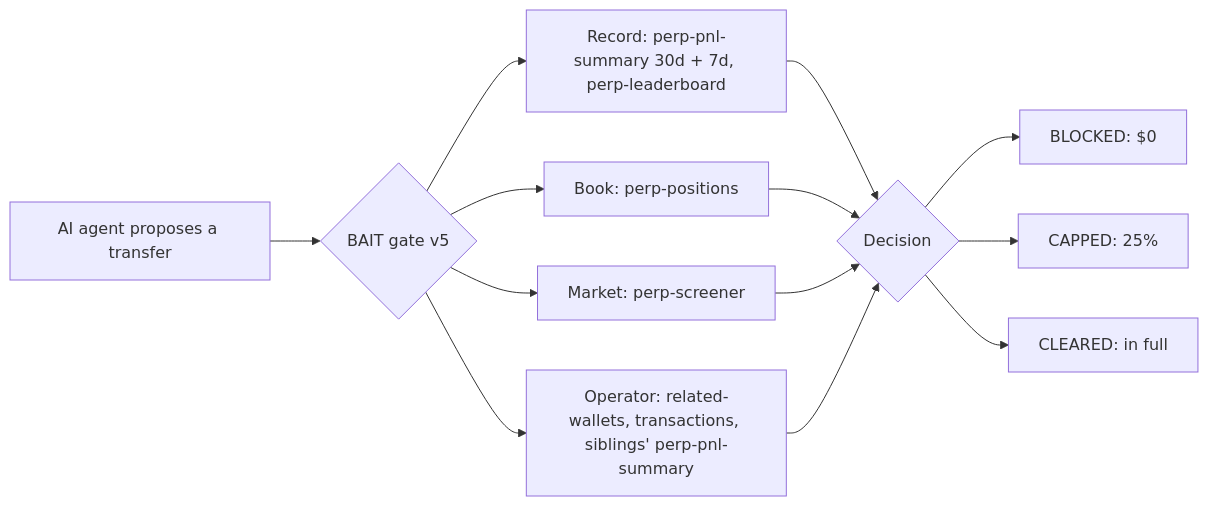
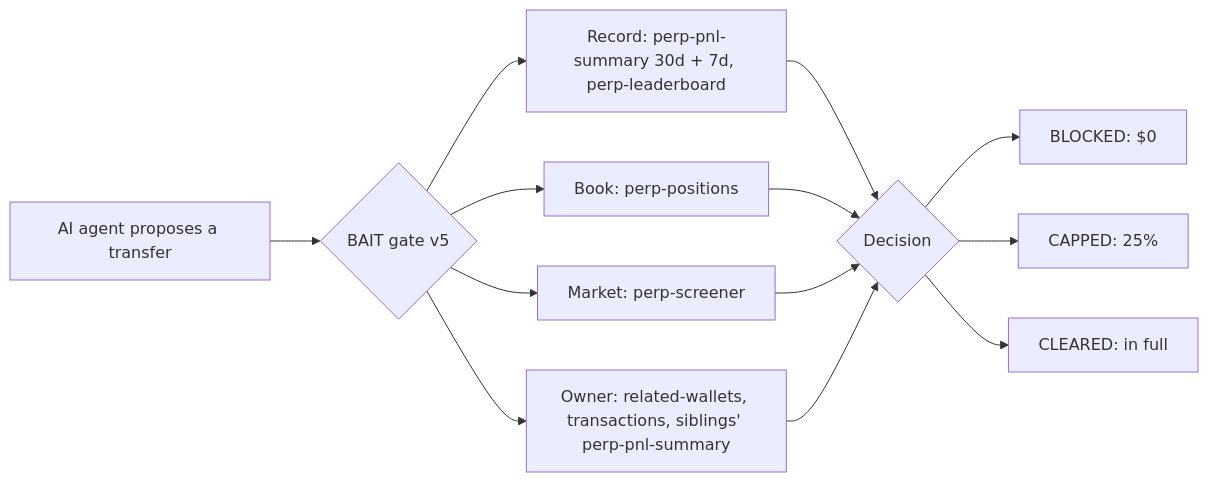
One commit to wolfgang-aura/bait changed the diagram in docs/EVIDENCE.md. Above: the diagram before and after it, drawn with Mermaid. The commit also changed other lines of this file and 30 other files, not shown here.

````diff
--- a/docs/EVIDENCE.md
+++ b/docs/EVIDENCE.md
@@ -36,15 +37,15 @@
 ```mermaid
 flowchart LR
   A["AI agent proposes a transfer"] --> G{"BAIT gate v5"}
   G --> R["Record: perp-pnl-summary 30d + 7d, perp-leaderboard"]
   G --> P["Book: perp-positions"]
   G --> M["Market: perp-screener"]
-  G --> O["Operator: related-wallets, transactions, siblings' perp-pnl-summary"]
+  G --> O["Owner: related-wallets, transactions, siblings' perp-pnl-summary"]
   R --> D{"Decision"}
   P --> D
   M --> D
   O --> D
   D --> B["BLOCKED: $0"]
   D --> C["CAPPED: 25%"]
   D --> K["CLEARED: in full"]
 ```
````
